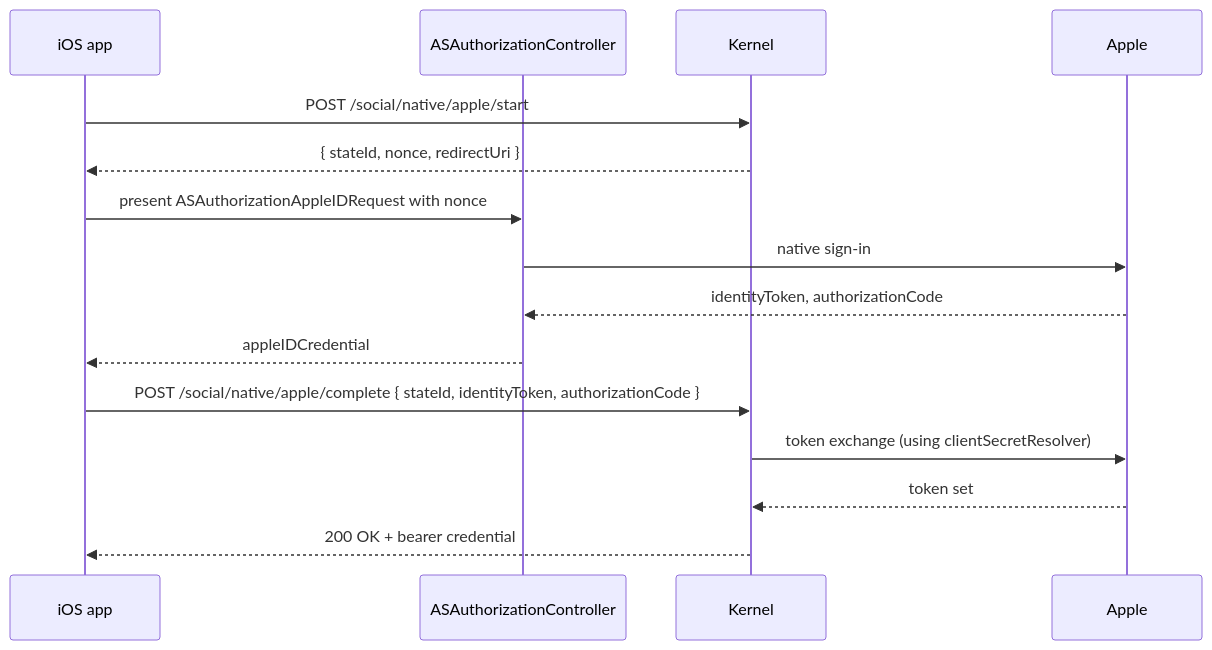
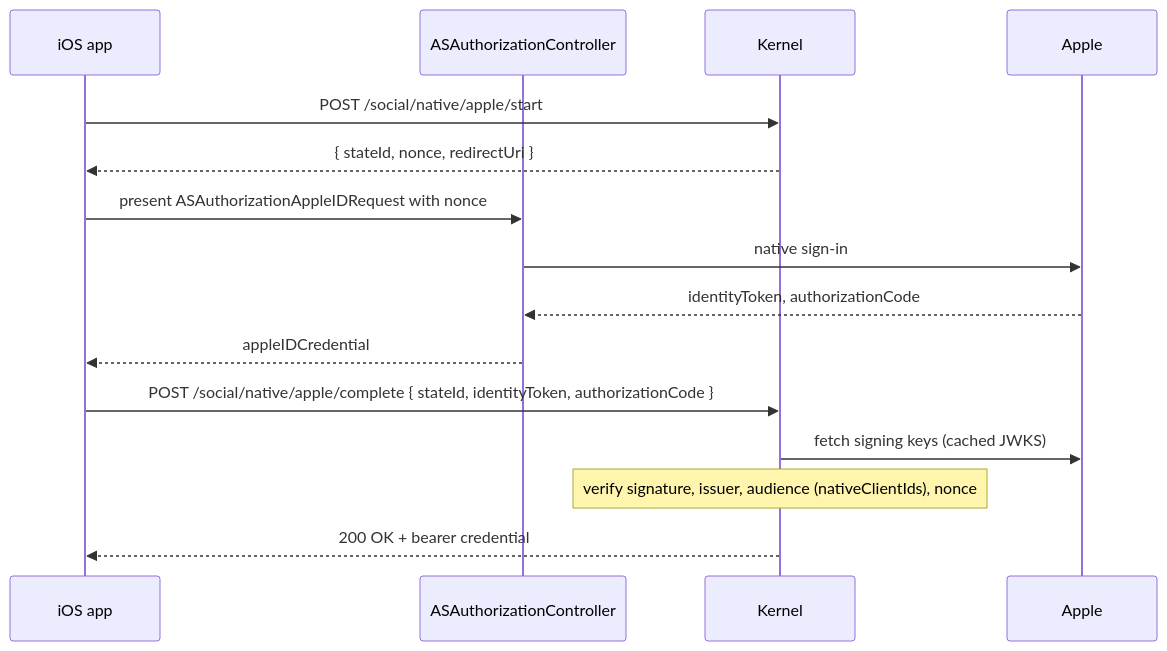
Before and after one commit to 21nCo/superfunctions: the second of 2 diagrams in authfn/docs/content/docs/plugins/social-oauth/apple.md, drawn with Mermaid. The commit also changed other lines of this file and 2 other files, not shown here.

First line of the commit message:
test(authfn): code-exchange Apple sign-in leaves an email without email_verified unverified; docs match the three Apple paths

````diff
--- a/authfn/docs/content/docs/plugins/social-oauth/apple.md
+++ b/authfn/docs/content/docs/plugins/social-oauth/apple.md
@@ -79,18 +84,18 @@
 ```mermaid
 sequenceDiagram
   participant App as iOS app
   participant System as ASAuthorizationController
   participant Kernel
   participant Apple
 
   App->>Kernel: POST /social/native/apple/start
   Kernel-->>App: { stateId, nonce, redirectUri }
   App->>System: present ASAuthorizationAppleIDRequest with nonce
   System->>Apple: native sign-in
   Apple-->>System: identityToken, authorizationCode
   System-->>App: appleIDCredential
   App->>Kernel: POST /social/native/apple/complete { stateId, identityToken, authorizationCode }
-  Kernel->>Apple: token exchange (using clientSecretResolver)
-  Apple-->>Kernel: token set
+  Kernel->>Apple: fetch signing keys (cached JWKS)
+  Note over Kernel: verify signature, issuer, audience (nativeClientIds), nonce
   Kernel-->>App: 200 OK + bearer credential
 ```
````
